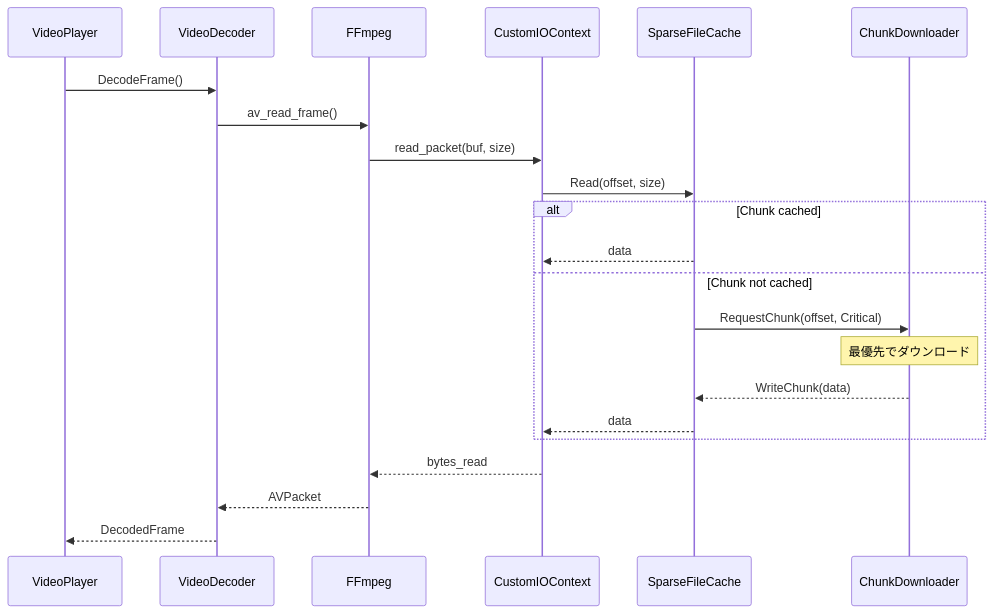
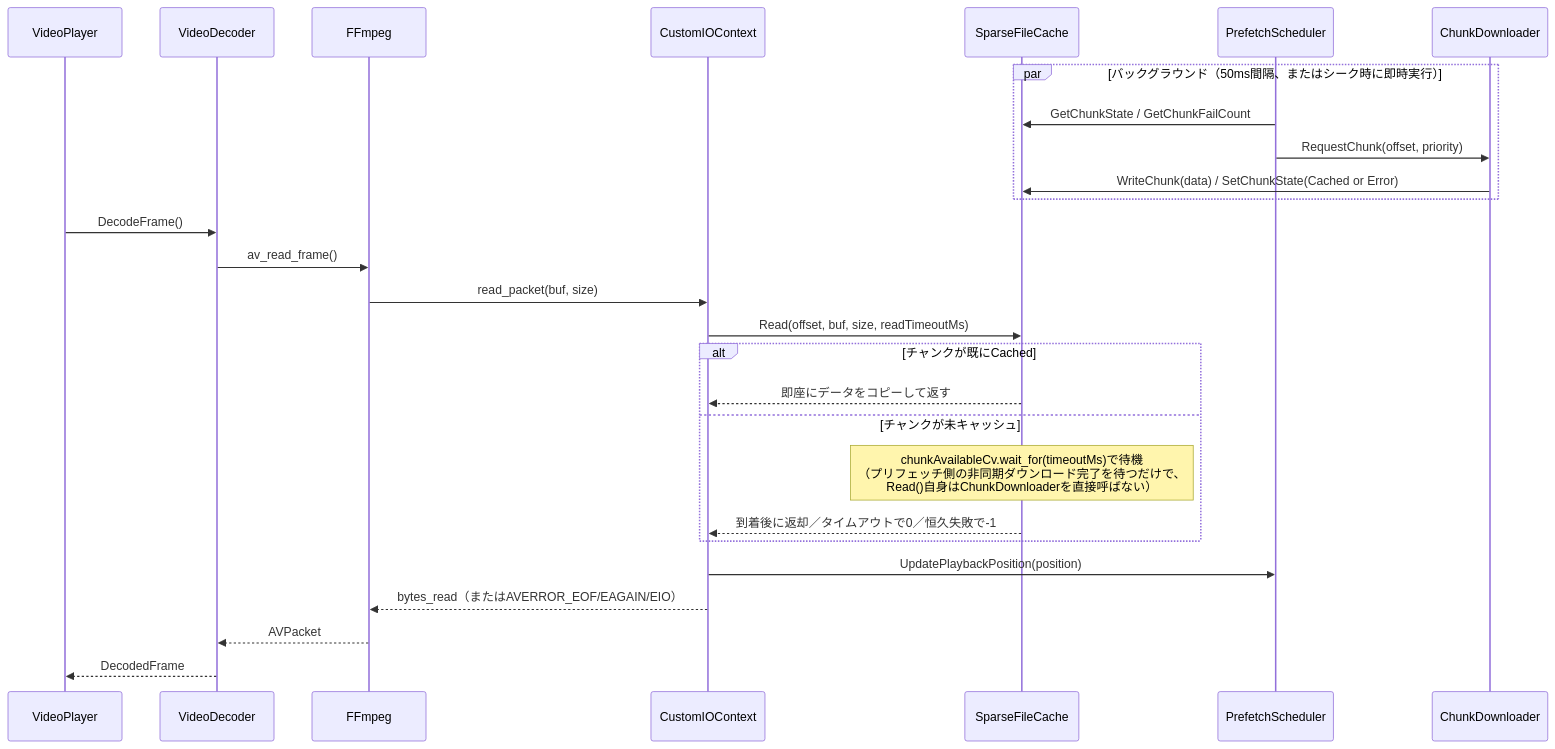
Before and after one commit to 7MPra/ytdlpSpout: the second of 2 diagrams in llm/architecture/slice-loading-architecture.md, drawn with Mermaid. The commit also changed other lines of this file and 104 other files, not shown here.

````diff
--- a/llm/architecture/slice-loading-architecture.md
+++ b/llm/architecture/slice-loading-architecture.md
@@ -321,27 +377,33 @@
 ```mermaid
 sequenceDiagram
     participant VideoPlayer
     participant VideoDecoder
     participant FFmpeg
     participant CustomIOContext
     participant SparseFileCache
+    participant PrefetchScheduler
     participant ChunkDownloader
-    
+
+    par バックグラウンド（50ms間隔、またはシーク時に即時実行）
+        PrefetchScheduler->>SparseFileCache: GetChunkState / GetChunkFailCount
+        PrefetchScheduler->>ChunkDownloader: RequestChunk(offset, priority)
+        ChunkDownloader->>SparseFileCache: WriteChunk(data) / SetChunkState(Cached or Error)
+    end
+
     VideoPlayer->>VideoDecoder: DecodeFrame()
     VideoDecoder->>FFmpeg: av_read_frame()
     FFmpeg->>CustomIOContext: read_packet(buf, size)
-    CustomIOContext->>SparseFileCache: Read(offset, size)
-    
-    alt Chunk cached
-        SparseFileCache-->>CustomIOContext: data
-    else Chunk not cached
-        SparseFileCache->>ChunkDownloader: RequestChunk(offset, Critical)
-        Note over ChunkDownloader: 最優先でダウンロード
-        ChunkDownloader-->>SparseFileCache: WriteChunk(data)
-        SparseFileCache-->>CustomIOContext: data
+    CustomIOContext->>SparseFileCache: Read(offset, buf, size, readTimeoutMs)
+
+    alt チャンクが既にCached
+        SparseFileCache-->>CustomIOContext: 即座にデータをコピーして返す
+    else チャンクが未キャッシュ
+        Note over SparseFileCache: chunkAvailableCv.wait_for(timeoutMs)で待機<br/>（プリフェッチ側の非同期ダウンロード完了を待つだけで、<br/>Read()自身はChunkDownloaderを直接呼ばない）
+        SparseFileCache-->>CustomIOContext: 到着後に返却／タイムアウトで0／恒久失敗で-1
     end
-    
-    CustomIOContext-->>FFmpeg: bytes_read
+
+    CustomIOContext->>PrefetchScheduler: UpdatePlaybackPosition(position)
+    CustomIOContext-->>FFmpeg: bytes_read（またはAVERROR_EOF/EAGAIN/EIO）
     FFmpeg-->>VideoDecoder: AVPacket
     VideoDecoder-->>VideoPlayer: DecodedFrame
 ```
````
